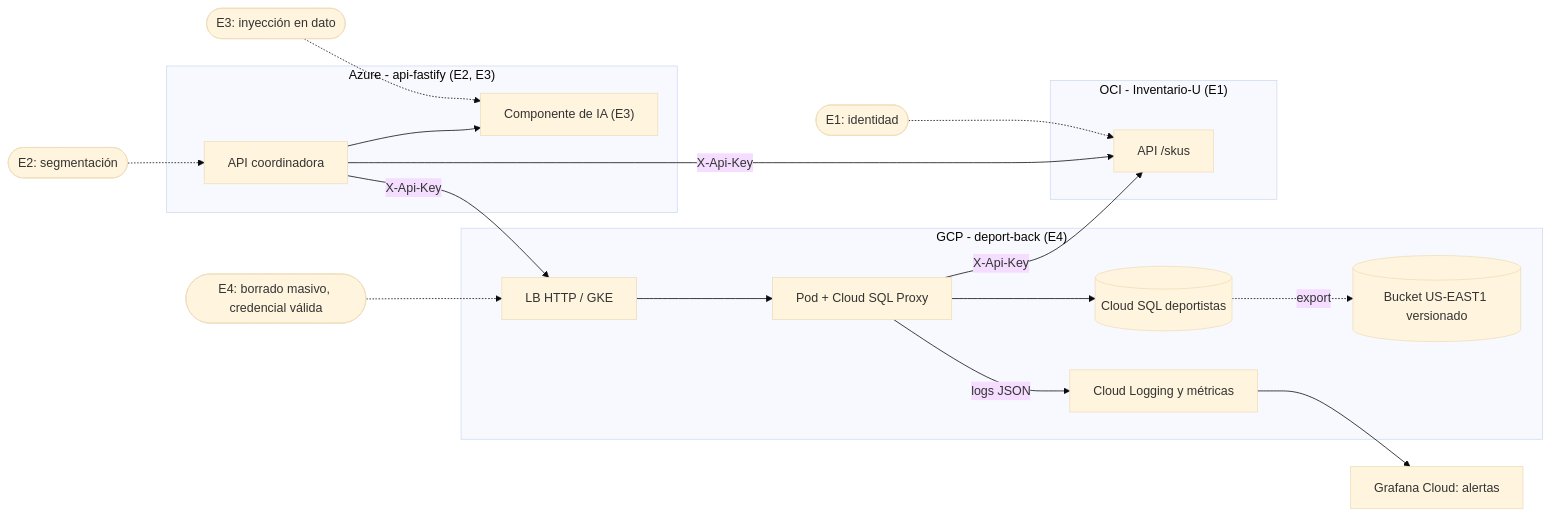
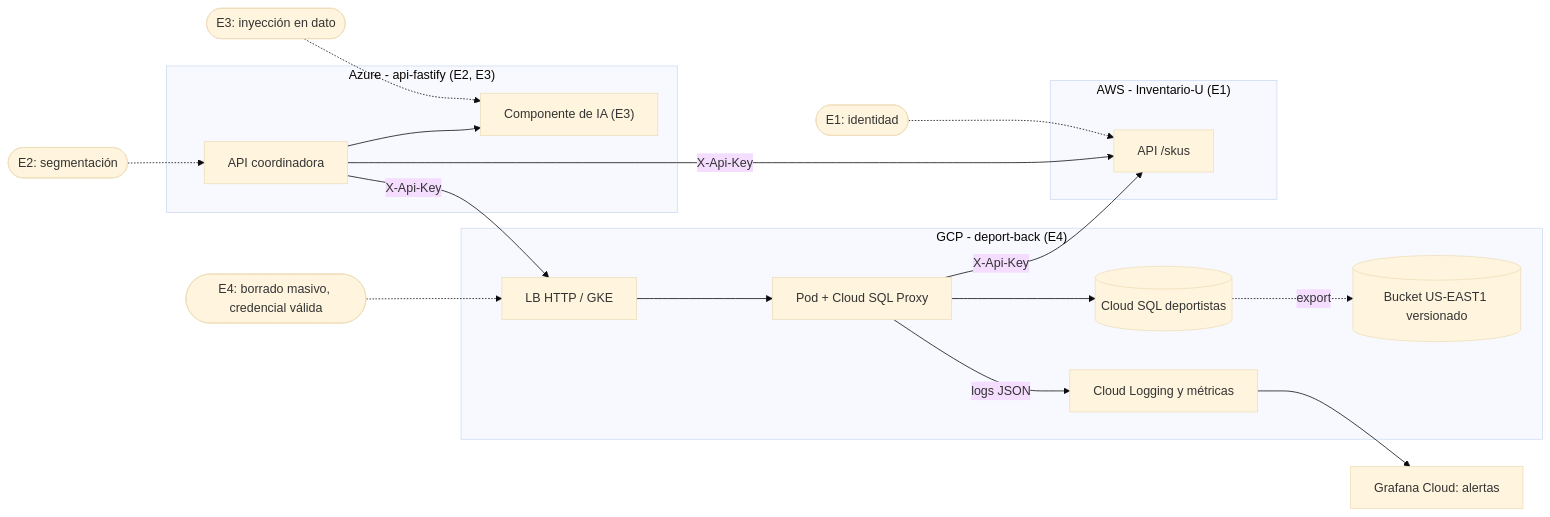
One commit to redundante3452/deportBack changed the diagram in docs/informe-seguridad.md. Above: the diagram before and after it, drawn with Mermaid (base theme). The commit also changed other lines of this file and 6 other files, not shown here.

Commit message:
📝 docs: corregir la nube de Inventario-U a AWS

````diff
--- a/docs/informe-seguridad.md
+++ b/docs/informe-seguridad.md
@@ -18,23 +18,23 @@
 ```mermaid
 flowchart LR
   subgraph AZ["Azure - api-fastify (E2, E3)"]
     A1["API coordinadora"] --> A2["Componente de IA (E3)"]
   end
   subgraph GCP["GCP - deport-back (E4)"]
     G1["LB HTTP / GKE"] --> G2["Pod + Cloud SQL Proxy"]
     G2 --> G3[("Cloud SQL deportistas")]
     G3 -.->|export| G4[("Bucket US-EAST1 versionado")]
     G2 -->|logs JSON| G5["Cloud Logging y métricas"]
   end
-  subgraph OCI["OCI - Inventario-U (E1)"]
+  subgraph AWS["AWS - Inventario-U (E1)"]
     O1["API /skus"]
   end
   A1 -->|X-Api-Key| G1
   A1 -->|X-Api-Key| O1
   G2 -->|X-Api-Key| O1
   G5 --> GR["Grafana Cloud: alertas"]
   I1(["E4: borrado masivo, credencial válida"]) -.-> G1
   I2(["E1: identidad"]) -.-> O1
   I3(["E2: segmentación"]) -.-> A1
   I4(["E3: inyección en dato"]) -.-> A2
 ```
````
